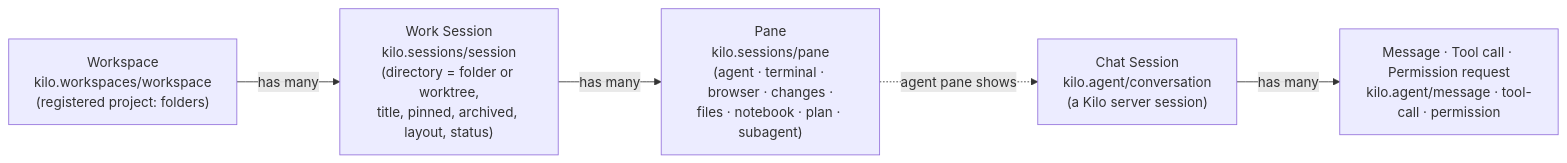
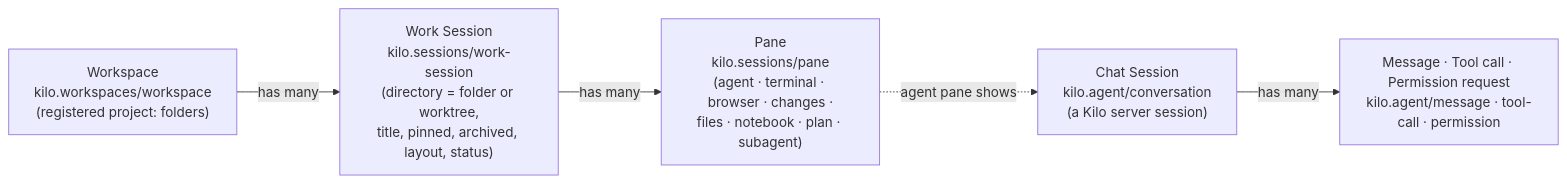
One commit to Kilo-Org/kilo-desktop changed the first of 7 diagrams in docs/plugin-architecture.md. Above: the diagram before and after it, drawn with Mermaid. The commit also changed other lines of this file and 122 other files, not shown here.

First line of the commit message:
refactor(sessions,workbench): per-window Workbench domain, workbench-owned session UI points, WorkSession naming (#1013)

````diff
--- a/docs/plugin-architecture.md
+++ b/docs/plugin-architecture.md
@@ -615,7 +616,7 @@
 ```mermaid
 flowchart LR
-  W["Workspace<br/>kilo.workspaces/workspace<br/>(registered project: folders)"] -->|has many| S["Work Session<br/>kilo.sessions/session<br/>(directory = folder or worktree,<br/>title, pinned, archived, layout, status)"]
+  W["Workspace<br/>kilo.workspaces/workspace<br/>(registered project: folders)"] -->|has many| S["Work Session<br/>kilo.sessions/work-session<br/>(directory = folder or worktree,<br/>title, pinned, archived, layout, status)"]
   S -->|has many| P["Pane<br/>kilo.sessions/pane<br/>(agent · terminal · browser · changes ·<br/>files · notebook · plan · subagent)"]
   P -. "agent pane shows" .-> C["Chat Session<br/>kilo.agent/conversation<br/>(a Kilo server session)"]
   C -->|has many| M["Message · Tool call · Permission request<br/>kilo.agent/message · tool-call · permission"]
 ```
````
